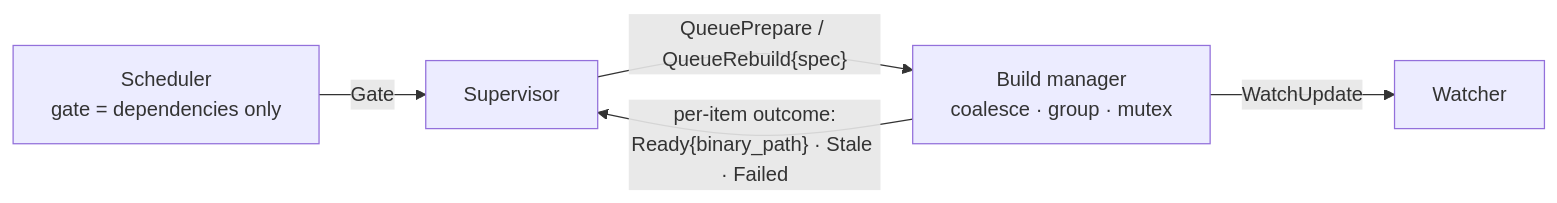
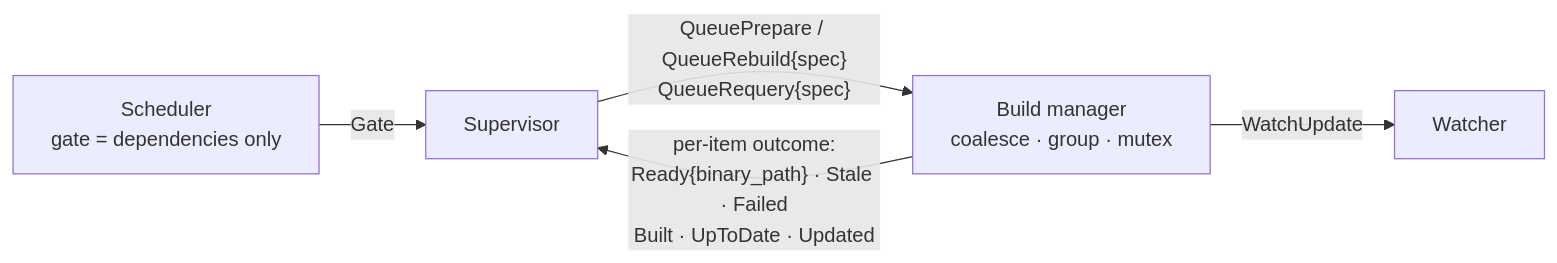
The fourth of 4 diagrams in docs/ownership.md (mcmullinboy15/don), drawn with Mermaid before and after one commit. The commit also changed other lines of this file, not shown here.

````diff
--- a/docs/ownership.md
+++ b/docs/ownership.md
@@ -134,7 +183,7 @@
 ```mermaid
 flowchart LR
     G["Scheduler<br/>gate = dependencies only"] -->|"Gate"| S
-    S["Supervisor"] -->|"QueuePrepare / QueueRebuild{spec}"| M["Build manager<br/>coalesce · group · mutex"]
-    M -->|"per-item outcome:<br/>Ready{binary_path} · Stale · Failed"| S
+    S["Supervisor"] -->|"QueuePrepare / QueueRebuild{spec}<br/>QueueRequery{spec}"| M["Build manager<br/>coalesce · group · mutex"]
+    M -->|"per-item outcome:<br/>Ready{binary_path} · Stale · Failed<br/>Built · UpToDate · Updated"| S
     M -->|"WatchUpdate"| W["Watcher"]
 ```
````
